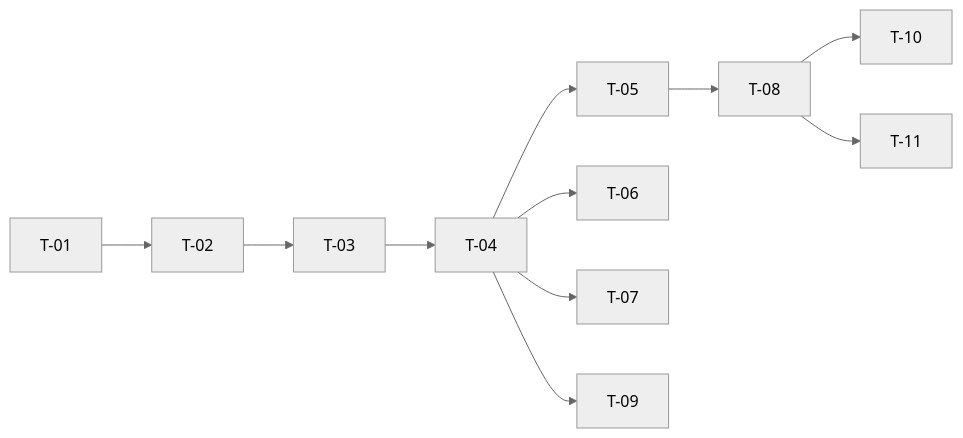
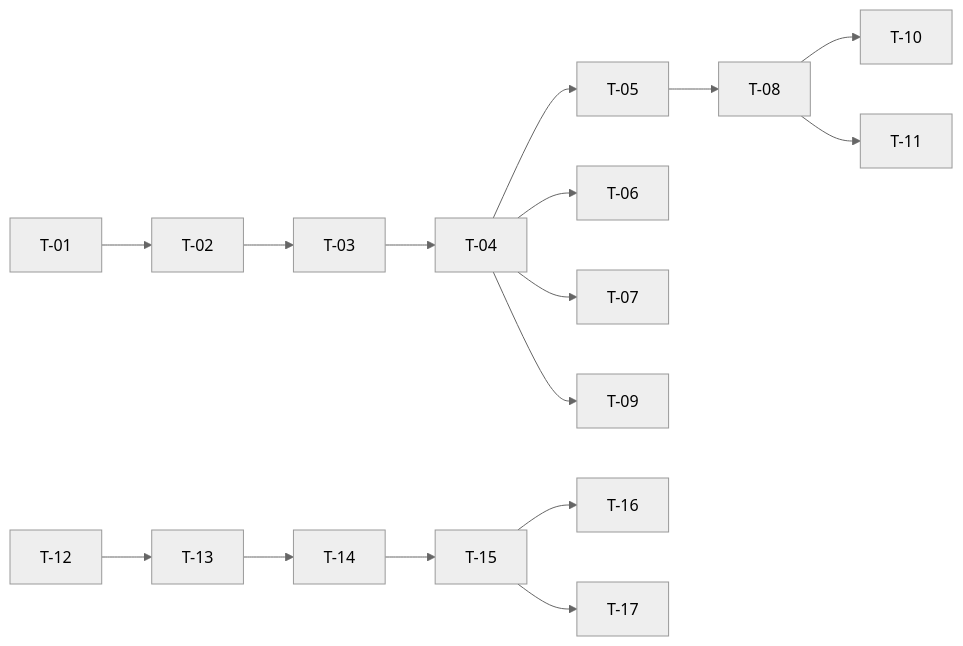
The diagram in docs/specs/sp/042-consultar-equipo-a-cargo/tasks.md (NexusPro-Dev/backend), drawn with Mermaid (neutral theme) before and after one commit. The commit also changed other lines of this file and 154 other files, not shown here.

````diff
--- a/docs/specs/sp/042-consultar-equipo-a-cargo/tasks.md
+++ b/docs/specs/sp/042-consultar-equipo-a-cargo/tasks.md
@@ -38,10 +45,13 @@
 ```mermaid
 graph LR
     T01[T-01] --> T02[T-02] --> T03[T-03] --> T04[T-04]
     T04 --> T05[T-05] --> T08[T-08]
     T04 --> T06[T-06]
     T04 --> T07[T-07]
     T04 --> T09[T-09]
     T08 --> T10[T-10]
     T08 --> T11[T-11]
+    T12[T-12] --> T13[T-13] --> T14[T-14] --> T15[T-15]
+    T15 --> T16[T-16]
+    T15 --> T17[T-17]
 ```
````
